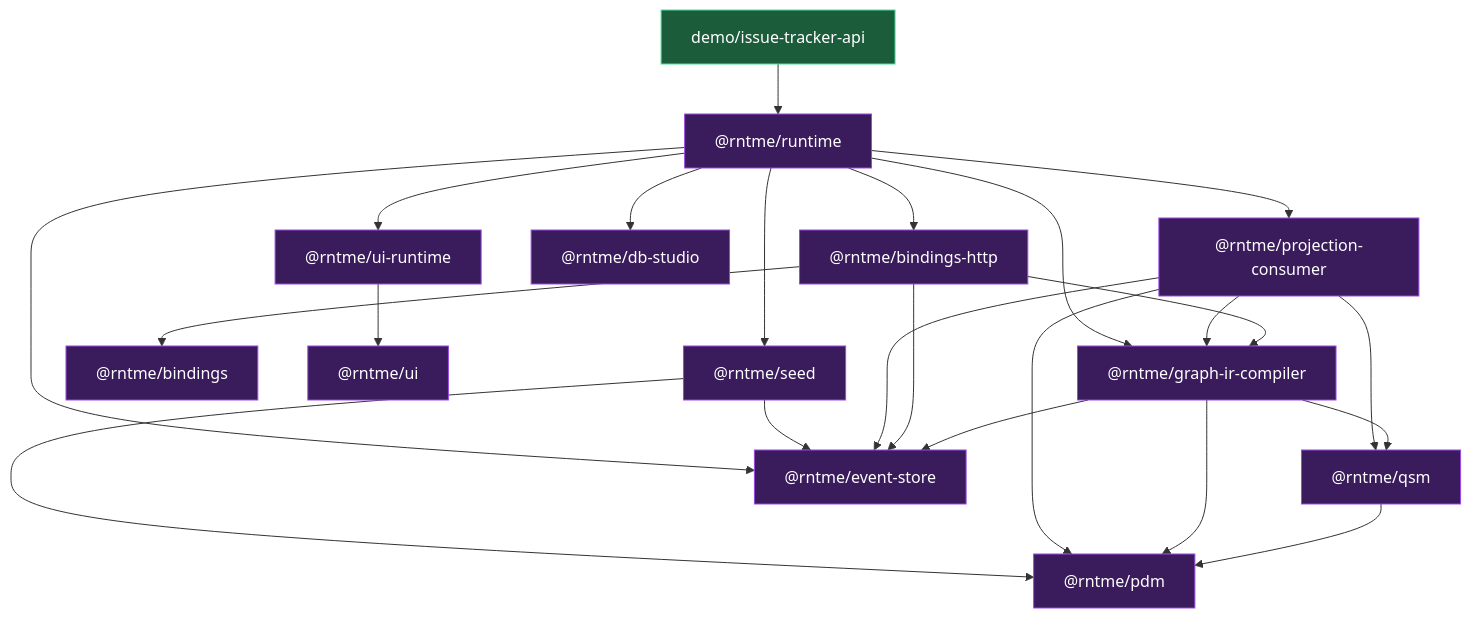
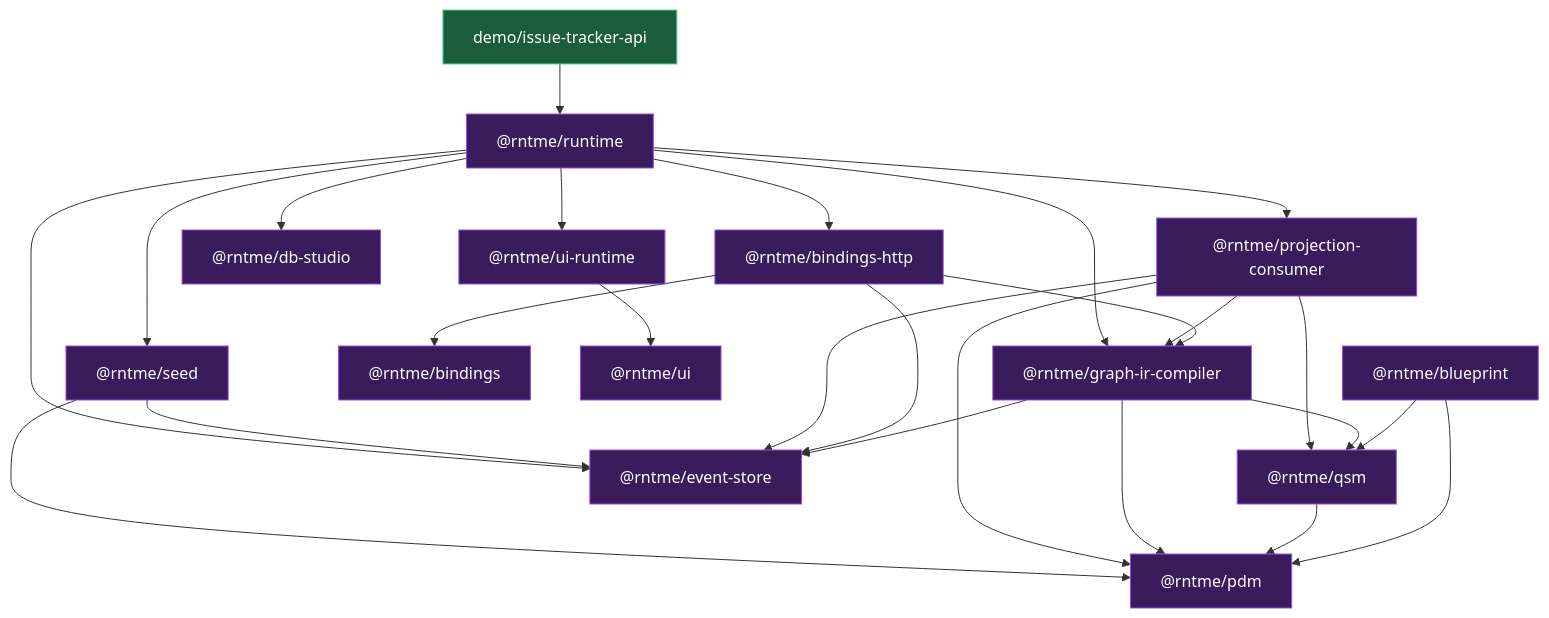
Before and after one commit to vladprrs/rntme: the second of 2 diagrams in README.md, drawn with Mermaid. The commit also changed other lines of this file and 10 other files, not shown here.

````diff
--- a/README.md
+++ b/README.md
@@ -111,28 +112,30 @@
 ```mermaid
 flowchart TB
     classDef pkg fill:#3a1b5c,stroke:#9a4ae2,color:#fff;
     classDef demo fill:#1b5c3a,stroke:#4ae29a,color:#fff;
 
     PDM["@rntme/pdm"]:::pkg
     QSM["@rntme/qsm"]:::pkg
+    BP["@rntme/blueprint"]:::pkg
     ES["@rntme/event-store"]:::pkg
     GIR["@rntme/graph-ir-compiler"]:::pkg
     B["@rntme/bindings"]:::pkg
     BH["@rntme/bindings-http"]:::pkg
     UI["@rntme/ui"]:::pkg
     UIR["@rntme/ui-runtime"]:::pkg
     DS["@rntme/db-studio"]:::pkg
     PC["@rntme/projection-consumer"]:::pkg
     SD["@rntme/seed"]:::pkg
     RT["@rntme/runtime"]:::pkg
     DEMO["demo/issue-tracker-api"]:::demo
 
+    BP --> PDM & QSM
     QSM --> PDM
     GIR --> PDM & QSM & ES
     BH --> B & GIR & ES
     UIR --> UI
     PC --> ES & GIR & PDM & QSM
     SD --> ES & PDM
     RT --> BH & UIR & DS & PC & SD & GIR & ES
     DEMO --> RT
 ```
````
